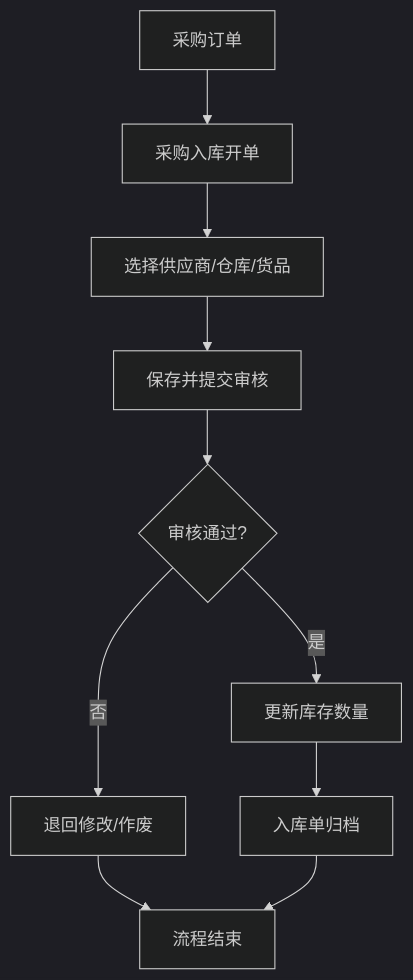
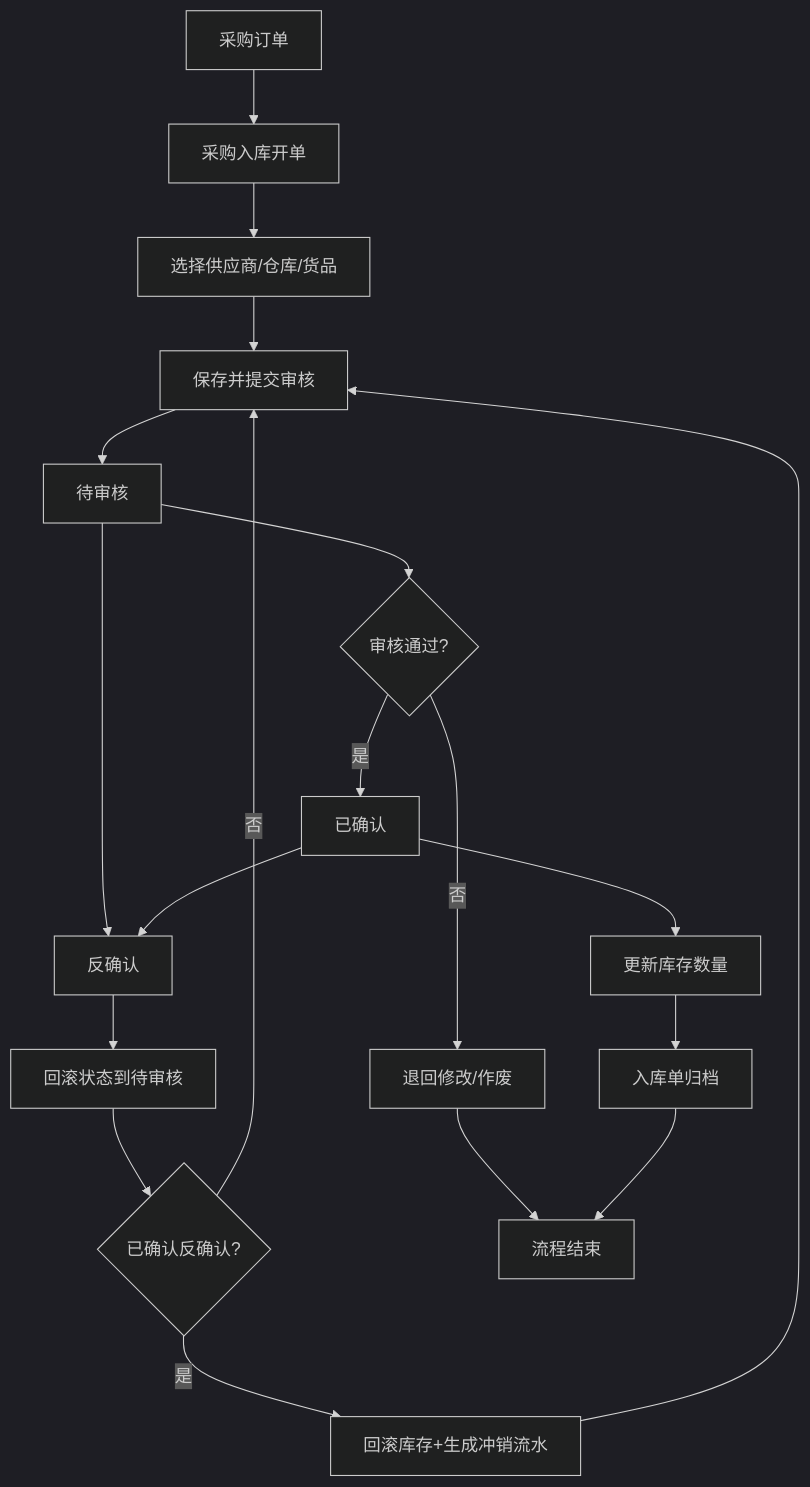
The first of 3 diagrams in .trae/documents/PRD-仓库管理系统.md (bakuaifuji-8kuai/8kuaifuji), drawn with Mermaid (dark theme) before and after one commit. The commit also changed other lines of this file and 4 other files, not shown here.

````diff
--- a/.trae/documents/PRD-仓库管理系统.md
+++ b/.trae/documents/PRD-仓库管理系统.md
@@ -57,12 +96,21 @@
 ```mermaid
 graph TD
     A[采购订单] --> B[采购入库开单]
     B --> C[选择供应商/仓库/货品]
     C --> D[保存并提交审核]
-    D --> E{审核通过?}
-    E -->|是| F[更新库存数量]
-    E -->|否| G[退回修改/作废]
-    F --> H[入库单归档]
-    G --> I[流程结束]
-    H --> I
+    D --> E[待审核]
+    E --> F{审核通过?}
+    F -->|是| G[已确认]
+    F -->|否| H[退回修改/作废]
+    G --> I[更新库存数量]
+    I --> J[入库单归档]
+    E --> K[反确认]
+    G --> K
+    K --> L[回滚状态到待审核]
+    L --> M{已确认反确认?}
+    M -->|是| N[回滚库存+生成冲销流水]
+    M -->|否| D
+    N --> D
+    H --> O[流程结束]
+    J --> O
 ```
````
